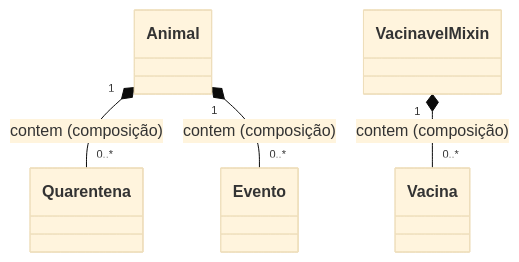
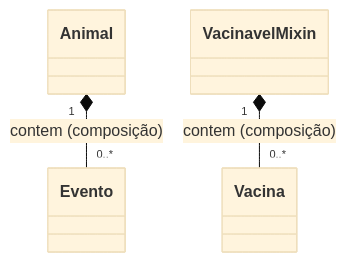
Before and after one commit to Alisson014/projeto-1-poo-sistema-adocao-animais: the first of 5 diagrams in docs/uml-relations.md, drawn with Mermaid (base theme). The commit also changed other lines of this file and 3 other files, not shown here.

Commit message:
feat: update UML diagrams and enhance Quarentena class attributes

````diff
--- a/docs/uml-relations.md
+++ b/docs/uml-relations.md
@@ -20,13 +21,11 @@
 ```mermaid
 classDiagram
     class Animal {}
+    class Evento {}
     class VacinavelMixin {}
-    class Quarentena {}
-    class Evento {}
     class Vacina {}
 
-    Animal "1" *-- "0..*" Quarentena : contem (composição)
     Animal "1" *-- "0..*" Evento : contem (composição)
     VacinavelMixin "1" *-- "0..*" Vacina : contem (composição)
 
 ```
````
